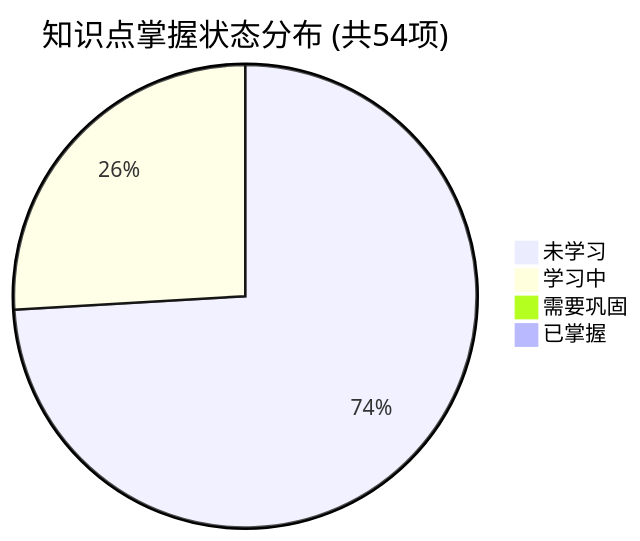
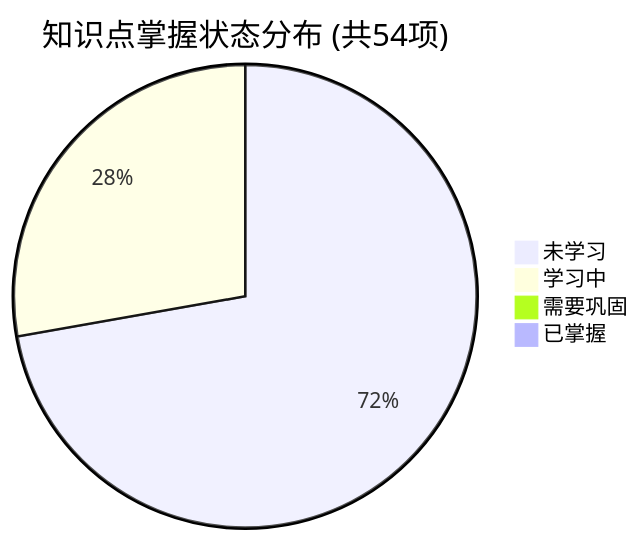
One commit to tieke1121/tech-interview-knowledge-base changed the first of 2 diagrams in PROGRESS.md. Above: the diagram before and after it, drawn with Mermaid. The commit also changed other lines of this file and 1 other file, not shown here.

Commit message:
feat(day17): add data quality framework, calcite lineage & circuit breaker architecture document

````diff
--- a/PROGRESS.md
+++ b/PROGRESS.md
@@ -23,7 +23,7 @@
 ```mermaid
 pie title 知识点掌握状态分布 (共54项)
-    "未学习" : 40
-    "学习中" : 14
+    "未学习" : 39
+    "学习中" : 15
     "需要巩固" : 0
     "已掌握" : 0
 ```
````
